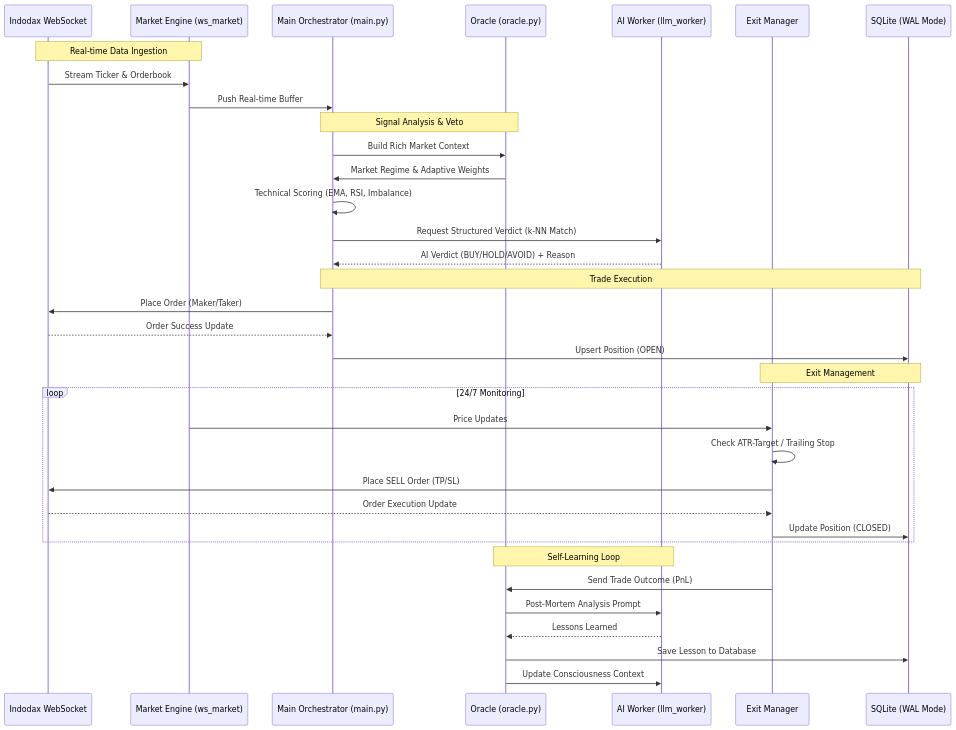
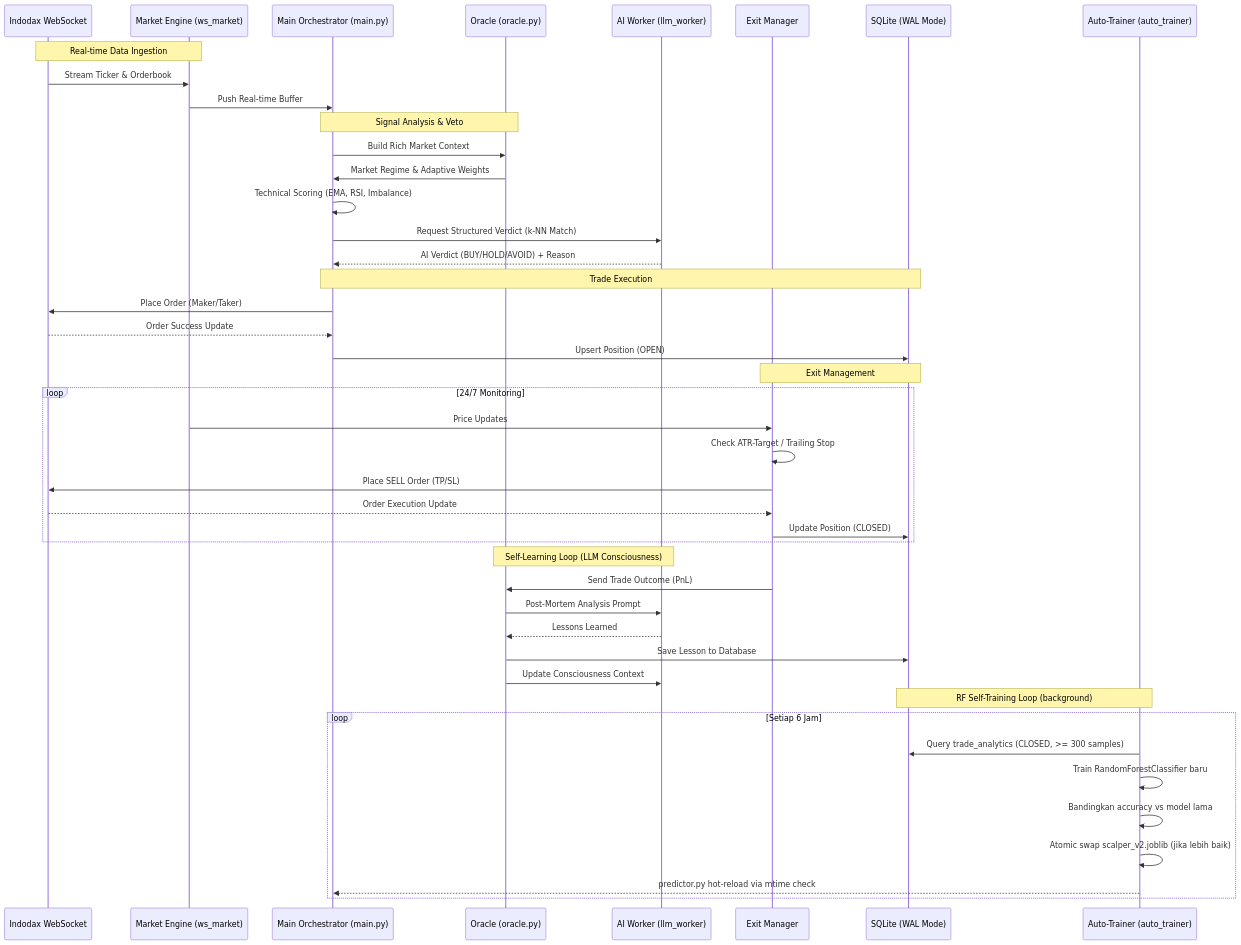
One commit to masterchan234/algovibe changed the diagram in README.md. Above: the diagram before and after it, drawn with Mermaid. The commit also changed other lines of this file and 5 other files, not shown here.

Commit message:
feat: implement RF auto-trainer for Scalper V2 model with background self-training loop

````diff
--- a/README.md
+++ b/README.md
@@ -21,42 +22,52 @@
 ```mermaid
 sequenceDiagram
     participant ID as Indodax WebSocket
     participant WS as Market Engine (ws_market)
     participant MN as Main Orchestrator (main.py)
     participant OR as Oracle (oracle.py)
     participant LLM as AI Worker (llm_worker)
     participant EX as Exit Manager
     participant DB as SQLite (WAL Mode)
 
     Note over ID, WS: Real-time Data Ingestion
     ID->>WS: Stream Ticker & Orderbook
     WS->>MN: Push Real-time Buffer
 
     Note over MN, OR: Signal Analysis & Veto
     MN->>OR: Build Rich Market Context
     OR->>MN: Market Regime & Adaptive Weights
     MN->>MN: Technical Scoring (EMA, RSI, Imbalance)
     MN->>LLM: Request Structured Verdict (k-NN Match)
     LLM-->>MN: AI Verdict (BUY/HOLD/AVOID) + Reason
 
     Note over MN, DB: Trade Execution
     MN->>ID: Place Order (Maker/Taker)
     ID-->>MN: Order Success Update
     MN->>DB: Upsert Position (OPEN)
 
     Note over EX, DB: Exit Management
     loop 24/7 Monitoring
         WS->>EX: Price Updates
         EX->>EX: Check ATR-Target / Trailing Stop
         EX->>ID: Place SELL Order (TP/SL)
         ID-->>EX: Order Execution Update
         EX->>DB: Update Position (CLOSED)
     end
 
-    Note over OR, LLM: Self-Learning Loop
+    Note over OR, LLM: Self-Learning Loop (LLM Consciousness)
     EX->>OR: Send Trade Outcome (PnL)
     OR->>LLM: Post-Mortem Analysis Prompt
     LLM-->>OR: Lessons Learned
     OR->>DB: Save Lesson to Database
     OR->>LLM: Update Consciousness Context
+
+    participant TR as Auto-Trainer (auto_trainer)
+    Note over TR, DB: RF Self-Training Loop (background)
+    loop Setiap 6 Jam
+        TR->>DB: Query trade_analytics (CLOSED, >= 300 samples)
+        TR->>TR: Train RandomForestClassifier baru
+        TR->>TR: Bandingkan accuracy vs model lama
+        TR->>TR: Atomic swap scalper_v2.joblib (jika lebih baik)
+        TR-->>MN: predictor.py hot-reload via mtime check
+    end
 ```
````
